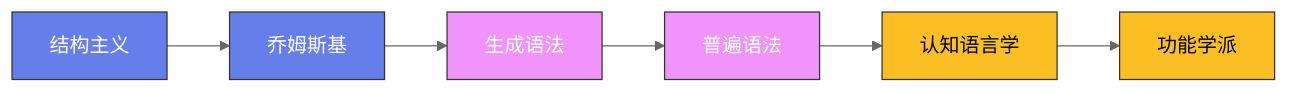
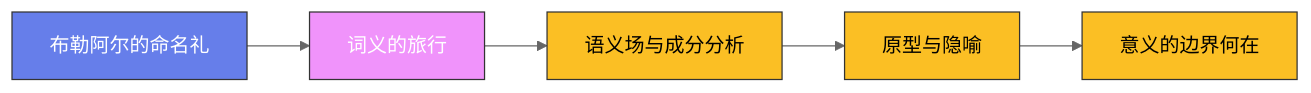
Before and after one commit to Fengur/Fengur.github.io: the diagram in content/posts/ModelCreate/语言学/06-语义学.md, drawn with Mermaid (neutral theme). The commit also changed other lines of this file and 505 other files, not shown here.

First line of the commit message:
content(blog): ModelCreate 全站质量修复——front matter 补全、占位图修复、事实错误修正、注水文重写

````diff
--- a/content/posts/ModelCreate/语言学/06-语义学.md
+++ b/content/posts/ModelCreate/语言学/06-语义学.md
@@ -39,16 +42,21 @@
 ```mermaid
 graph LR
-    A["结构主义"] --> B["乔姆斯基"]
-    B --> C["生成语法"]
-    C --> D["普遍语法"]
-    D --> E["认知语言学"]
-    E --> F["功能学派"]
+    A["布勒阿尔的命名礼"]
+    B["词义的旅行"]
+    C["语义场与成分分析"]
+    D["原型与隐喻"]
+    E["意义的边界何在"]
+
+    A --> B
+    B --> C
+    C --> D
+    D --> E
 
     classDef early fill:#667eea,stroke:#333,color:white
     classDef mid fill:#f093fb,stroke:#333,color:white
     classDef modern fill:#fbbf24,stroke:#333,color:black
 
-    class A,B early
-    class C,D mid
-    class E,F modern
+    class A early
+    class B mid
+    class C,D,E modern
 ```
````
